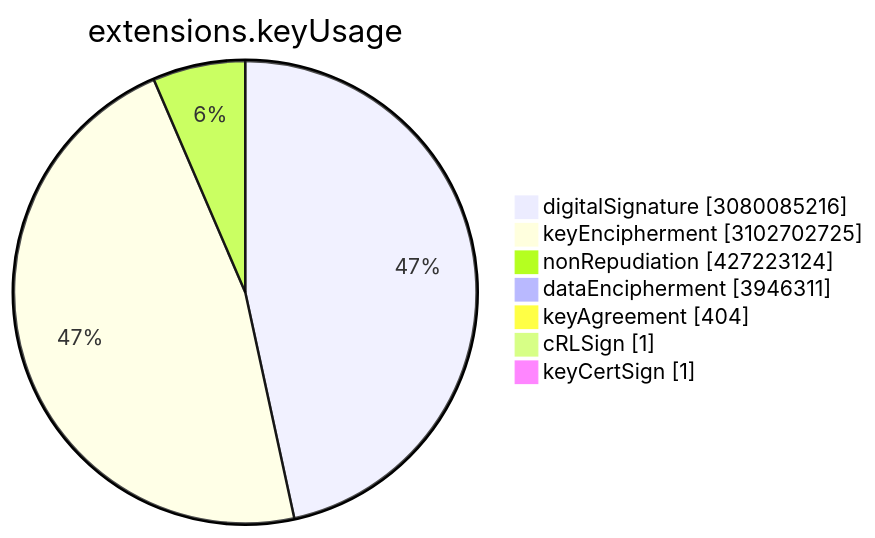
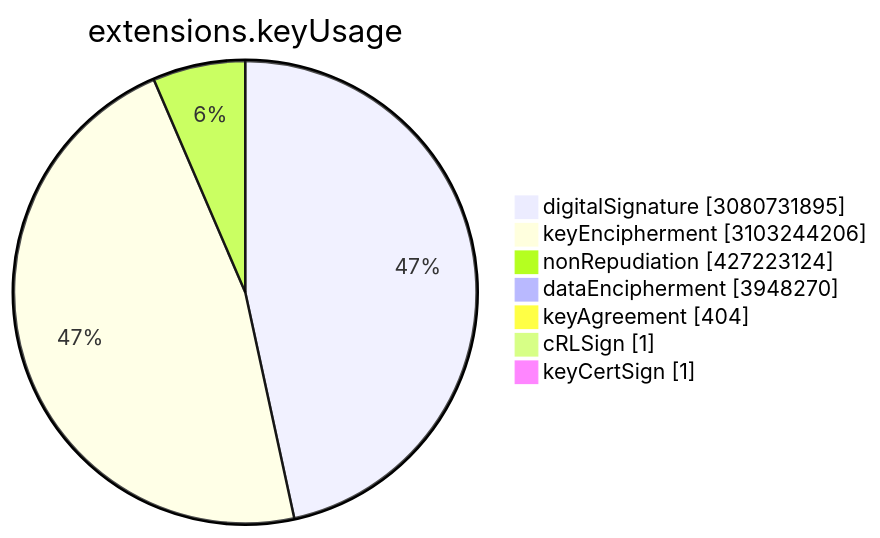
Before and after one commit to christiankrug/ctmonitor_visualization: the sixth of 15 diagrams in TOTAL/README.md, drawn with Mermaid. The commit also changed other lines of this file, not shown here.

````diff
--- a/TOTAL/README.md
+++ b/TOTAL/README.md
@@ -3077,11 +3077,11 @@
 ```mermaid
 pie showData
 title extensions.keyUsage
-"digitalSignature" :3080085216
-"keyEncipherment" :3102702725
+"digitalSignature" :3080731895
+"keyEncipherment" :3103244206
 "nonRepudiation" :427223124
-"dataEncipherment" :3946311
+"dataEncipherment" :3948270
 "keyAgreement" :404
 "cRLSign" :1
 "keyCertSign" :1
 ```
````
